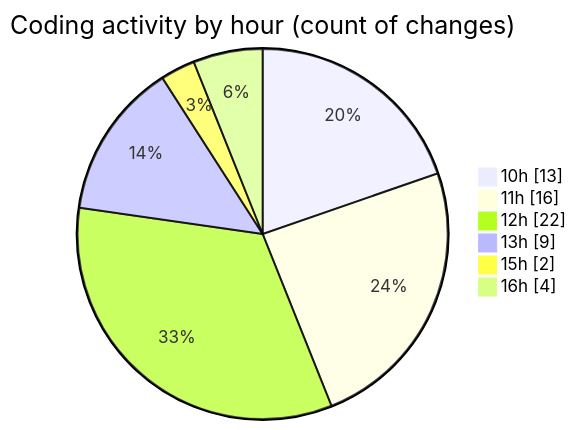
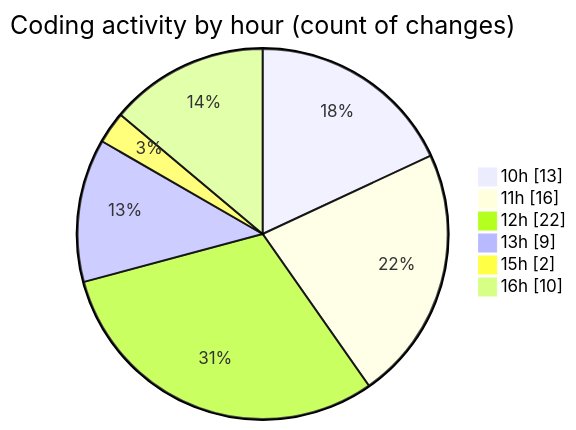
One commit to momahboobian/code-tracking changed the second of 2 diagrams in 2025-05-27/cda/README.md. Above: the diagram before and after it, drawn with Mermaid. The commit also changed other lines of this file and 1 other file, not shown here.

````diff
--- a/2025-05-27/cda/README.md
+++ b/2025-05-27/cda/README.md
@@ -41,10 +41,10 @@
 ```mermaid
 pie showData
 title Coding activity by hour (count of changes)
 "10h" : 13
 "11h" : 16
 "12h" : 22
 "13h" : 9
 "15h" : 2
-"16h" : 4
+"16h" : 10
 ```
````
